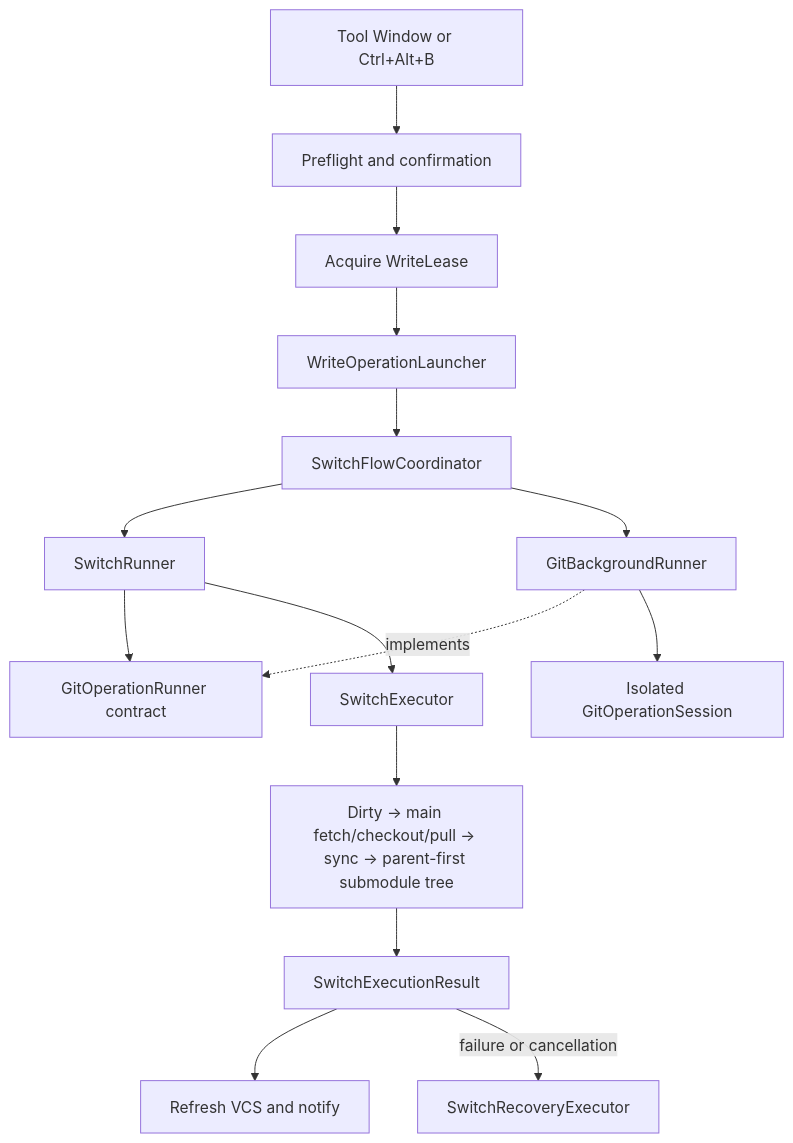
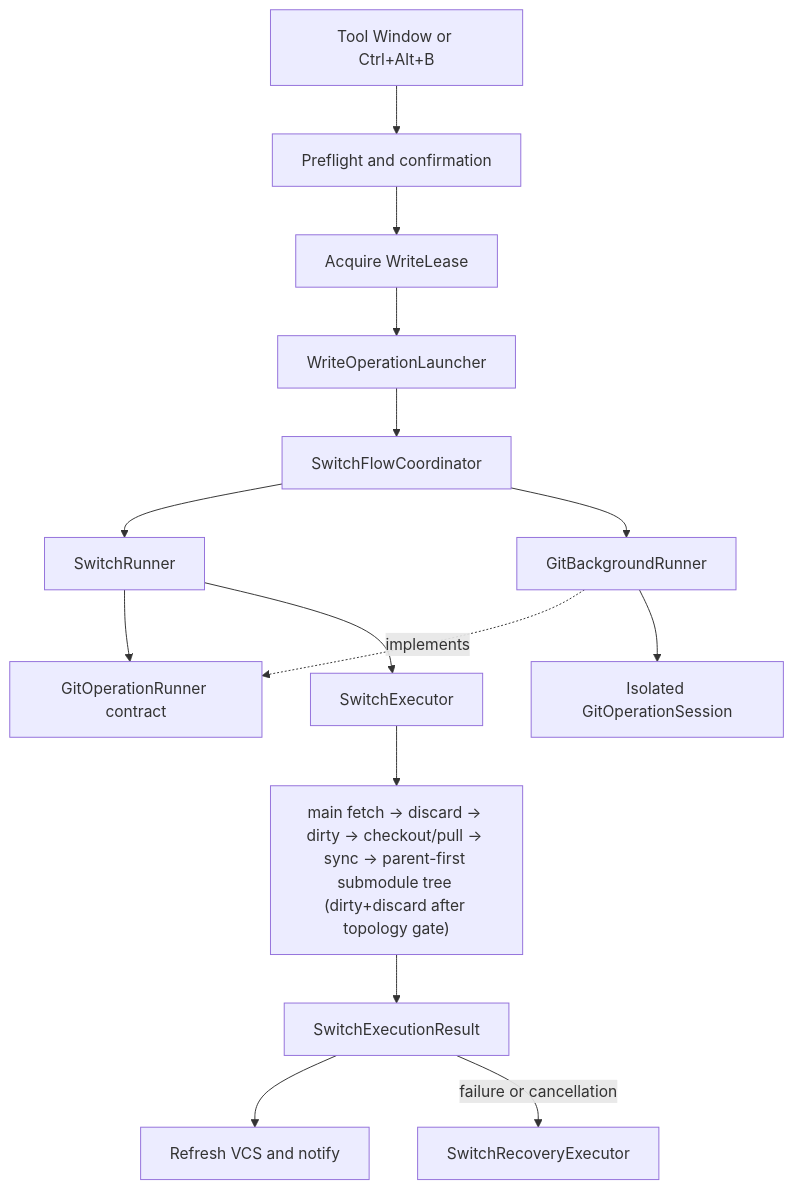
Before and after one commit to Tinyee/rider-branch-switcher: the second of 2 diagrams in docs/ARCHITECTURE.md, drawn with Mermaid. The commit also changed other lines of this file and 15 other files, not shown here.

````diff
--- a/docs/ARCHITECTURE.md
+++ b/docs/ARCHITECTURE.md
@@ -148,17 +148,17 @@
 ```mermaid
 flowchart TD
     Entry["Tool Window or Ctrl+Alt+B"] --> Preflight["Preflight and confirmation"]
     Preflight --> Lease["Acquire WriteLease"]
     Lease --> Launcher["WriteOperationLauncher"]
     Launcher --> Flow["SwitchFlowCoordinator"]
     Flow --> Runner["SwitchRunner"]
     Flow --> Background["GitBackgroundRunner"]
     Runner --> Boundary["GitOperationRunner contract"]
     Background -. implements .-> Boundary
     Background --> Session["Isolated GitOperationSession"]
     Runner --> Executor["SwitchExecutor"]
-    Executor --> Steps["Dirty -> main fetch/checkout/pull -> sync -> parent-first submodule tree"]
+    Executor --> Steps["main fetch -> discard -> dirty -> checkout/pull -> sync -> parent-first submodule tree (dirty+discard after topology gate)"]
     Steps --> Result["SwitchExecutionResult"]
     Result --> Notify["Refresh VCS and notify"]
     Result -->|failure or cancellation| Recovery["SwitchRecoveryExecutor"]
 ```
````
